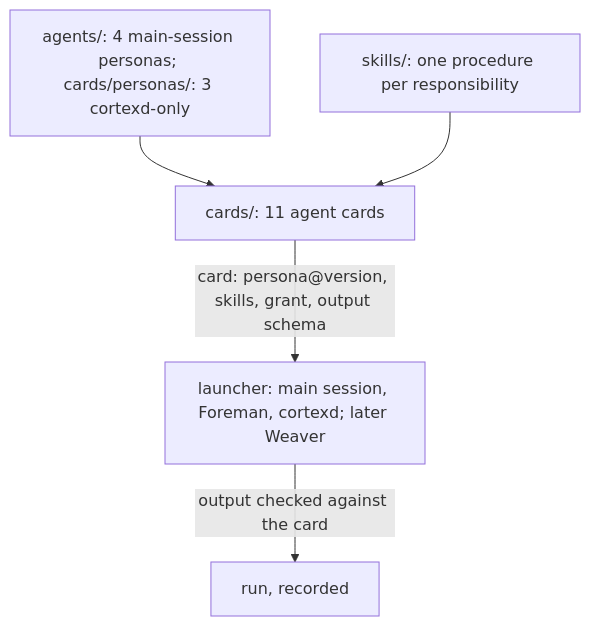
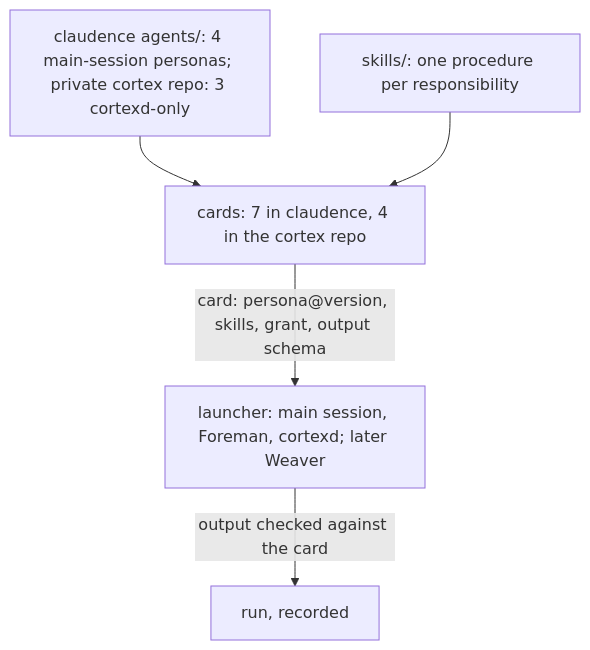
The second of 3 diagrams in docs/work/agent-consolidation/README.md (sibulus13/claudence), drawn with Mermaid before and after one commit. The commit also changed other lines of this file, not shown here.

First line of the commit message:
docs: agent-consolidation security fixes; card id keys every hook, Cortex cards stay private

````diff
--- a/docs/work/agent-consolidation/README.md
+++ b/docs/work/agent-consolidation/README.md
@@ -27,7 +27,7 @@
 ```mermaid
 flowchart TD
-  P[agents/: 4 main-session personas; cards/personas/: 3 cortexd-only] --> K[cards/: 11 agent cards]
+  P[claudence agents/: 4 main-session personas; private cortex repo: 3 cortexd-only] --> K[cards: 7 in claudence, 4 in the cortex repo]
   S[skills/: one procedure per responsibility] --> K
   K -->|card: persona@version, skills, grant, output schema| L[launcher: main session, Foreman, cortexd; later Weaver]
   L -->|output checked against the card| R[run, recorded]
 ```
````
